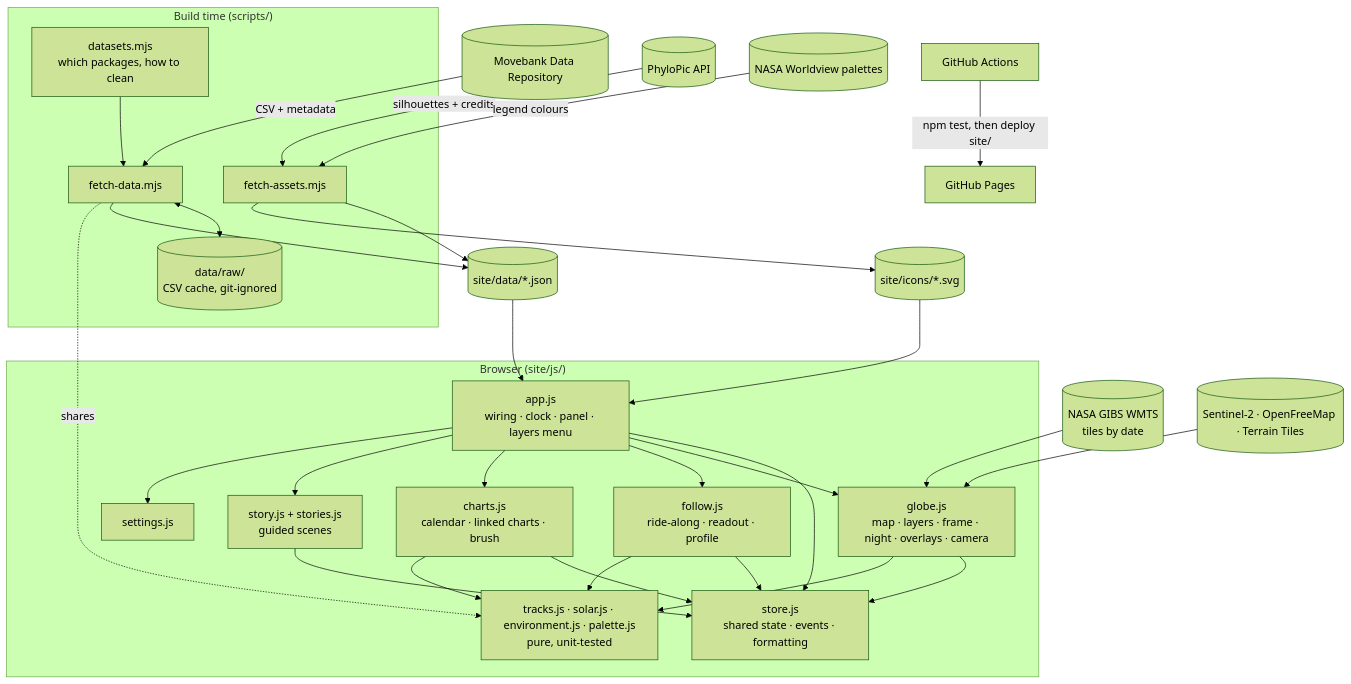
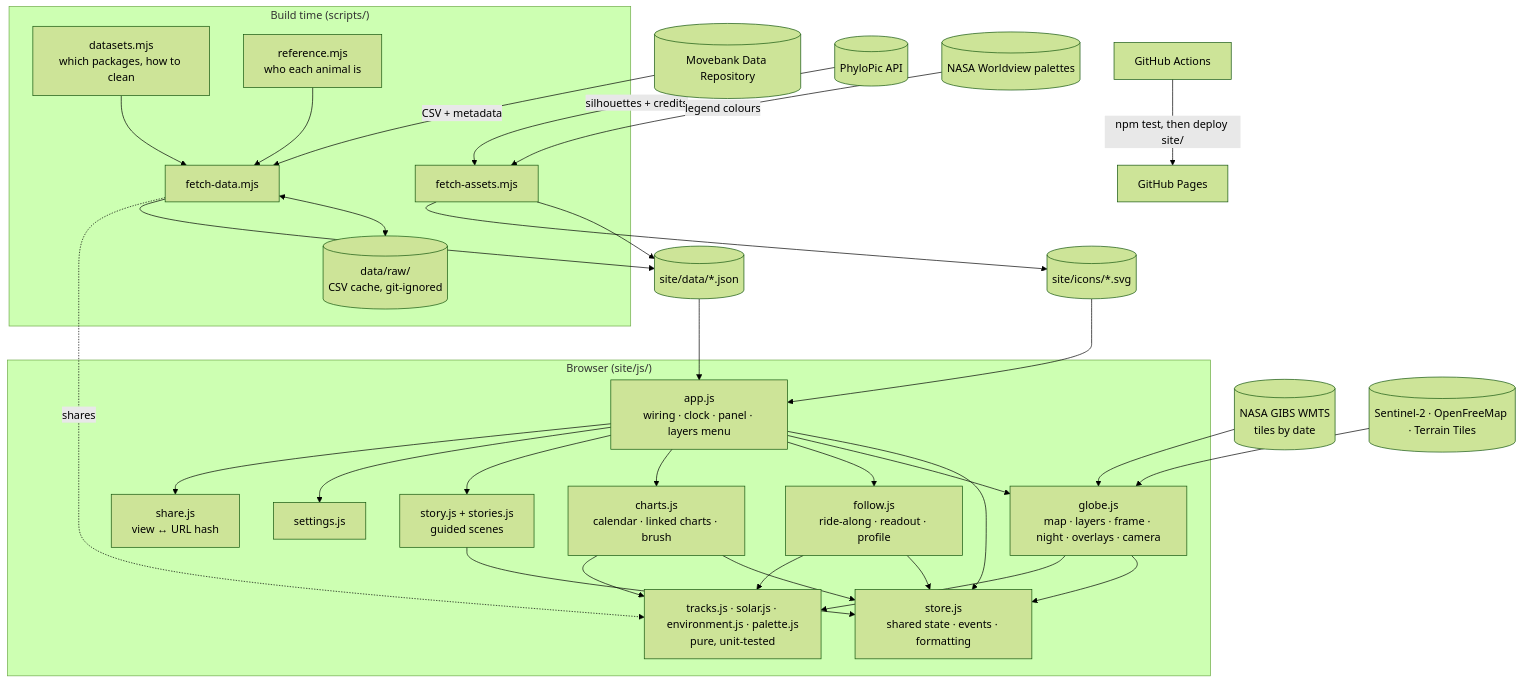
The diagram in docs/SYSTEM-DESIGN.md (amalmehta/TrackTheMigration), drawn with Mermaid (forest theme) before and after one commit. The commit also changed other lines of this file and 46 other files, not shown here.

First line of the commit message:
Share links, who-they-are filters, stopovers, and four more migrations

````diff
--- a/docs/SYSTEM-DESIGN.md
+++ b/docs/SYSTEM-DESIGN.md
@@ -7,37 +7,40 @@
 ```mermaid
 flowchart TB
   subgraph Build["Build time (scripts/)"]
     REG[datasets.mjs<br>which packages, how to clean]
     FETCH[fetch-data.mjs]
+    REF[reference.mjs<br>who each animal is]
+    REF --> FETCH
     ASSETS[fetch-assets.mjs]
     RAW[(data/raw/<br>CSV cache, git-ignored)]
     REG --> FETCH
     FETCH <--> RAW
   end
   MDR[(Movebank Data Repository)] -->|CSV + metadata| FETCH
   PHY[(PhyloPic API)] -->|silhouettes + credits| ASSETS
   WV[(NASA Worldview palettes)] -->|legend colours| ASSETS
   FETCH --> DATA[(site/data/*.json)]
   ASSETS --> DATA
   ASSETS --> ICONS[(site/icons/*.svg)]
 
   subgraph Browser["Browser (site/js/)"]
     APP[app.js<br>wiring · clock · panel · layers menu]
     STORE[store.js<br>shared state · events · formatting]
     GLOBE[globe.js<br>map · layers · frame · night · overlays · camera]
     FOLLOW[follow.js<br>ride-along · readout · profile]
     CHARTS[charts.js<br>calendar · linked charts · brush]
     STORY[story.js + stories.js<br>guided scenes]
+    SHARE[share.js<br>view ↔ URL hash]
     PURE[tracks.js · solar.js · environment.js · palette.js<br>pure, unit-tested]
     SET[settings.js]
-    APP --> STORE & GLOBE & FOLLOW & CHARTS & STORY & SET
+    APP --> STORE & GLOBE & FOLLOW & CHARTS & STORY & SET & SHARE
     GLOBE & FOLLOW & CHARTS & STORY --> STORE
     GLOBE & FOLLOW & CHARTS --> PURE
   end
   DATA --> APP
   ICONS --> APP
   GIBS[(NASA GIBS WMTS<br>tiles by date)] --> GLOBE
   TILES[(Sentinel-2 · OpenFreeMap · Terrain Tiles)] --> GLOBE
   FETCH -. shares .-> PURE
   GH[GitHub Actions] -->|npm test, then deploy site/| PAGES[GitHub Pages]
 ```
````
